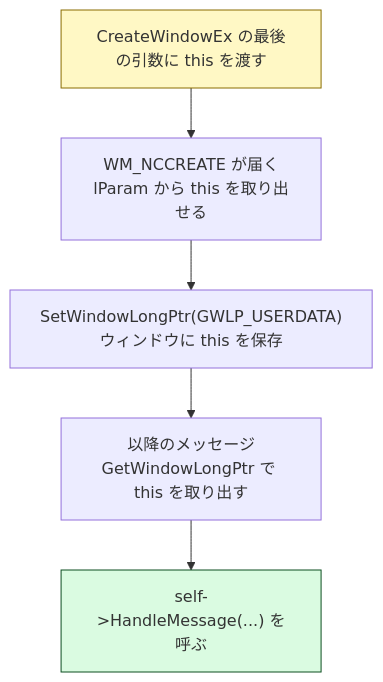
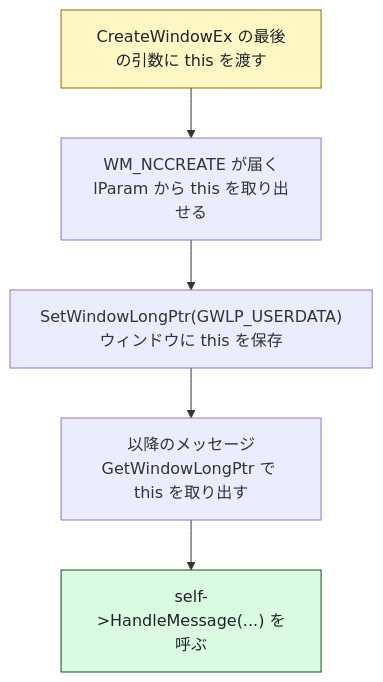
One commit to Tomonorarari-Think/DirectX12Dev changed the third of 3 diagrams in docs/tutorial/02_ウィンドウを作る.md. Above: the diagram before and after it, drawn with Mermaid. The commit also changed other lines of this file and 28 other files, not shown here.

First line of the commit message:
fix: 図の文字が暗色モードで読めなくなる問題を直す

````diff
--- a/docs/tutorial/02_ウィンドウを作る.md
+++ b/docs/tutorial/02_ウィンドウを作る.md
@@ -202,10 +202,10 @@
 ```mermaid
 flowchart TD
     A["CreateWindowEx の最後の引数に this を渡す"] --> B["WM_NCCREATE が届く<br/>lParam から this を取り出せる"]
     B --> C["SetWindowLongPtr(GWLP_USERDATA)<br/>ウィンドウに this を保存"]
     C --> D["以降のメッセージ<br/>GetWindowLongPtr で this を取り出す"]
     D --> E["self->HandleMessage(...) を呼ぶ"]
 
-    style A fill:#fff8c5,stroke:#8a6d00
-    style E fill:#dafbe1,stroke:#0d4f21
+    style A fill:#fff8c5,stroke:#8a6d00,color:#1f2328
+    style E fill:#dafbe1,stroke:#0d4f21,color:#1f2328
 ```
````
